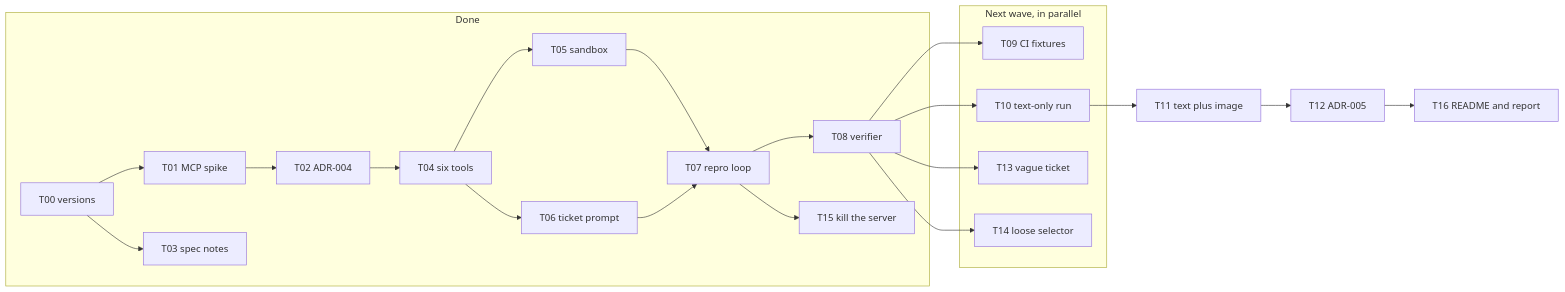
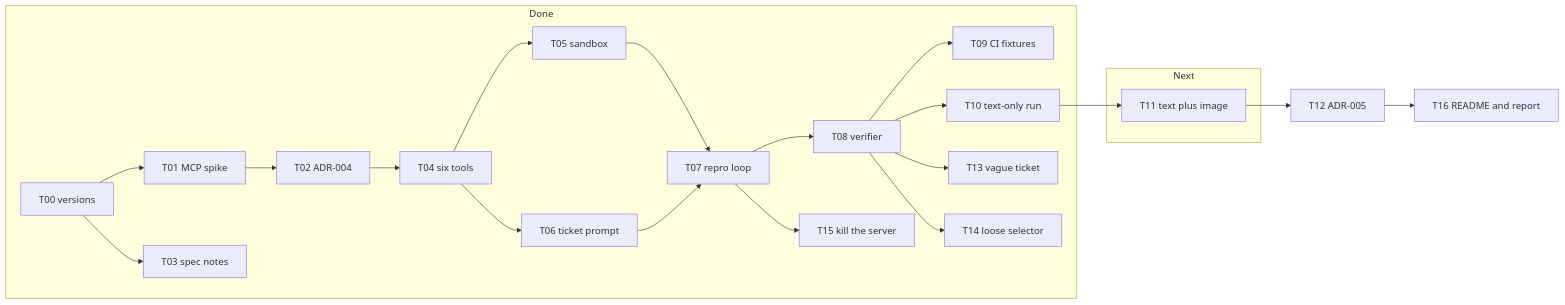
Before and after one commit to vibhu-0511/argus: the first of 2 diagrams in docs/architecture/p1.md, drawn with Mermaid. The commit also changed other lines of this file and 101 other files, not shown here.

````diff
--- a/docs/architecture/p1.md
+++ b/docs/architecture/p1.md
@@ -7,41 +7,41 @@
 ```mermaid
 flowchart LR
   subgraph done [Done]
     T00[T00 versions]
     T01[T01 MCP spike]
     T03[T03 spec notes]
     T02[T02 ADR-004]
     T04[T04 six tools]
     T05[T05 sandbox]
     T06[T06 ticket prompt]
     T07[T07 repro loop]
     T08[T08 verifier]
     T15[T15 kill the server]
-  end
-  subgraph after [Next wave, in parallel]
     T09[T09 CI fixtures]
     T10[T10 text-only run]
     T13[T13 vague ticket]
     T14[T14 loose selector]
   end
-  T11[T11 text plus image]
+  subgraph after [Next]
+    T11[T11 text plus image]
+  end
   T12[T12 ADR-005]
   T16[T16 README and report]
   T00 --> T01
   T00 --> T03
   T01 --> T02
   T02 --> T04
   T04 --> T05
   T04 --> T06
   T05 --> T07
   T06 --> T07
   T07 --> T08
   T07 --> T15
   T08 --> T09
   T08 --> T10
   T08 --> T13
   T08 --> T14
   T10 --> T11
   T11 --> T12
   T12 --> T16
 ```
````
